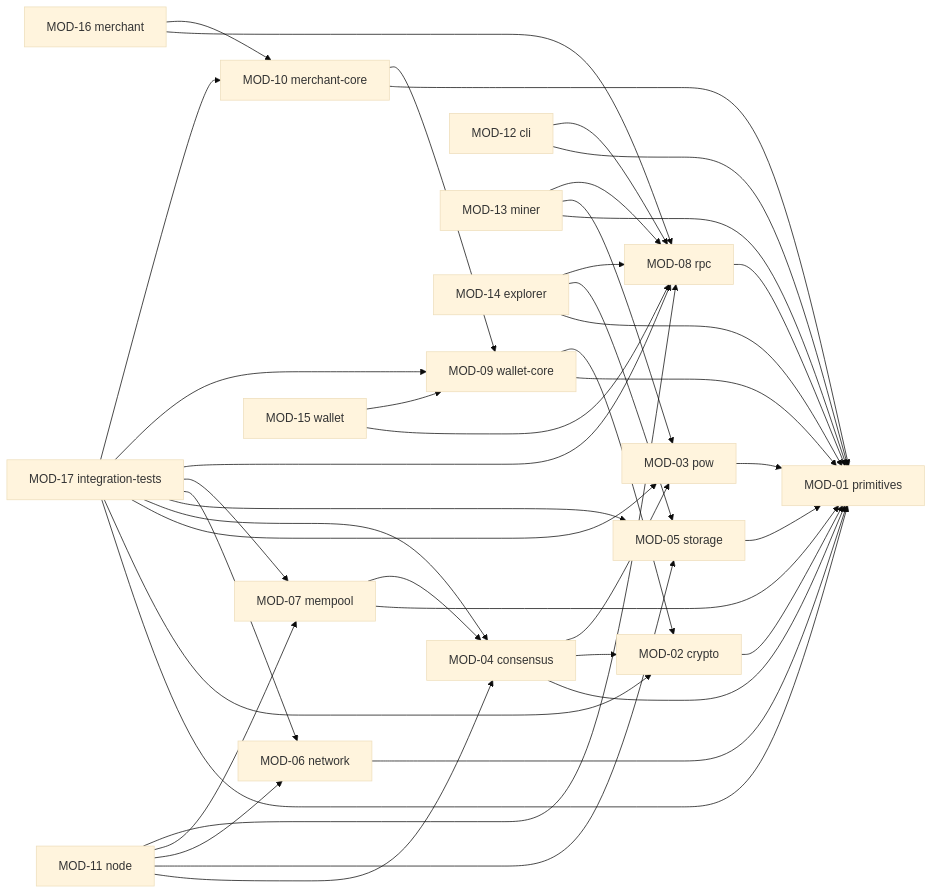
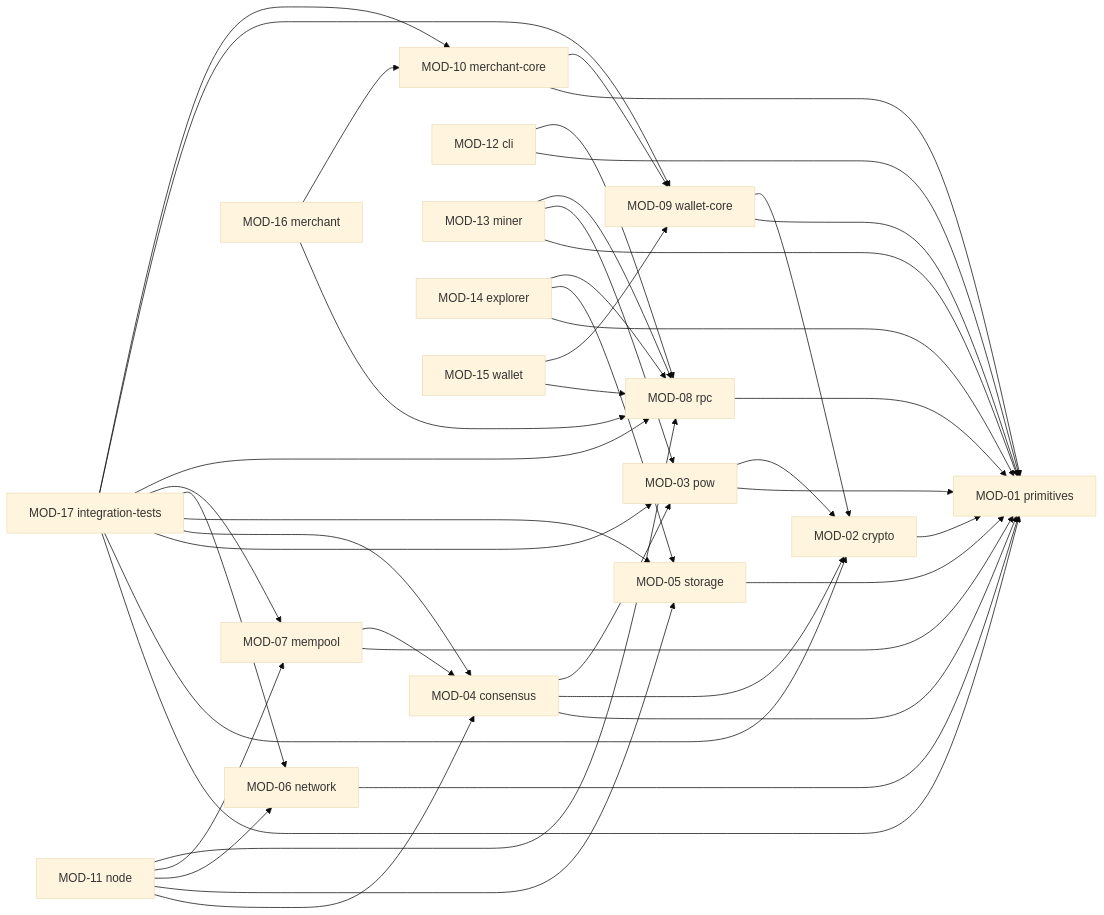
One commit to ratuaurion-dev/zevrigo changed the diagram in docs/system-map.md. Above: the diagram before and after it, drawn with Mermaid (base theme). The commit also changed other lines of this file and 6 other files, not shown here.

````diff
--- a/docs/system-map.md
+++ b/docs/system-map.md
@@ -31,69 +31,70 @@
 ```mermaid
 graph LR
     MOD01["MOD-01 primitives"]
     MOD02["MOD-02 crypto"]
     MOD03["MOD-03 pow"]
     MOD04["MOD-04 consensus"]
     MOD05["MOD-05 storage"]
     MOD06["MOD-06 network"]
     MOD07["MOD-07 mempool"]
     MOD08["MOD-08 rpc"]
     MOD09["MOD-09 wallet-core"]
     MOD10["MOD-10 merchant-core"]
     MOD11["MOD-11 node"]
     MOD12["MOD-12 cli"]
     MOD13["MOD-13 miner"]
     MOD14["MOD-14 explorer"]
     MOD15["MOD-15 wallet"]
     MOD16["MOD-16 merchant"]
     MOD17["MOD-17 integration-tests"]
 
     MOD02 --> MOD01
     MOD03 --> MOD01
+    MOD03 --> MOD02
     MOD04 --> MOD01
     MOD04 --> MOD02
     MOD04 --> MOD03
     MOD05 --> MOD01
     MOD06 --> MOD01
     MOD07 --> MOD01
     MOD07 --> MOD04
     MOD08 --> MOD01
     MOD09 --> MOD01
     MOD09 --> MOD02
     MOD10 --> MOD01
     MOD10 --> MOD09
 
     MOD11 --> MOD04
     MOD11 --> MOD05
     MOD11 --> MOD06
     MOD11 --> MOD07
     MOD11 --> MOD08
 
     MOD12 --> MOD01
     MOD12 --> MOD08
 
     MOD13 --> MOD01
     MOD13 --> MOD03
     MOD13 --> MOD08
 
     MOD14 --> MOD01
     MOD14 --> MOD05
     MOD14 --> MOD08
 
     MOD15 --> MOD08
     MOD15 --> MOD09
 
     MOD16 --> MOD08
     MOD16 --> MOD10
 
     MOD17 --> MOD01
     MOD17 --> MOD02
     MOD17 --> MOD03
     MOD17 --> MOD04
     MOD17 --> MOD05
     MOD17 --> MOD06
     MOD17 --> MOD07
     MOD17 --> MOD08
     MOD17 --> MOD09
     MOD17 --> MOD10
 ```
````
